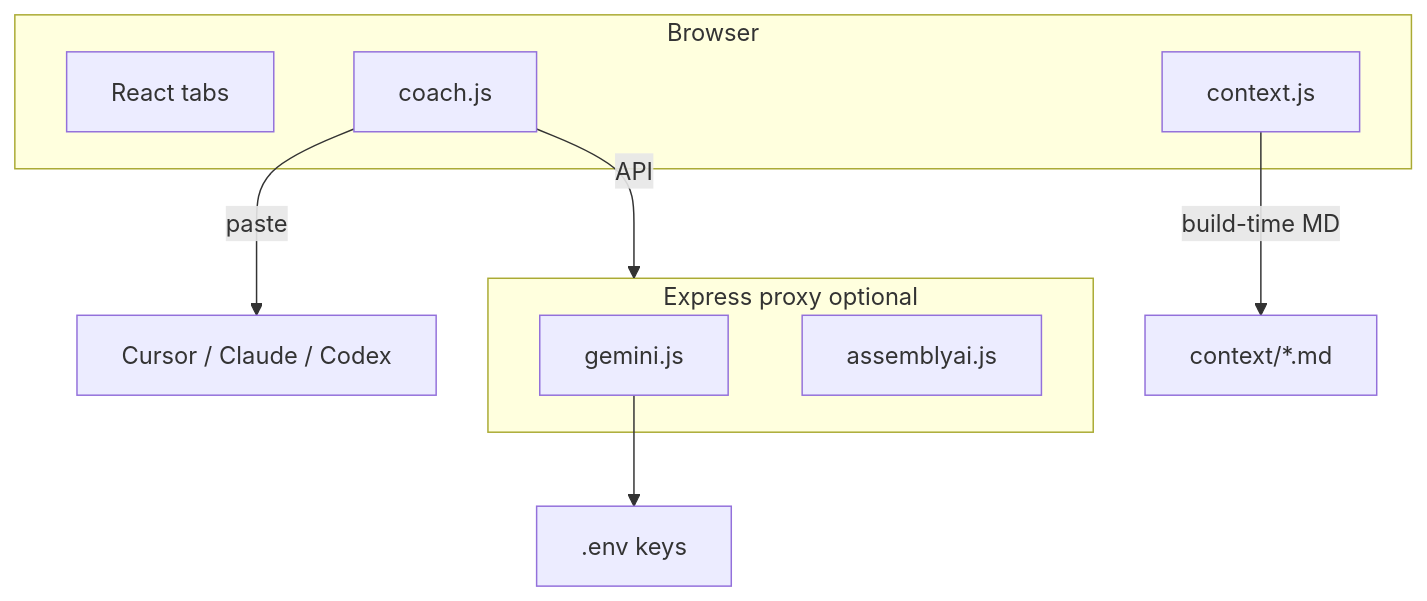
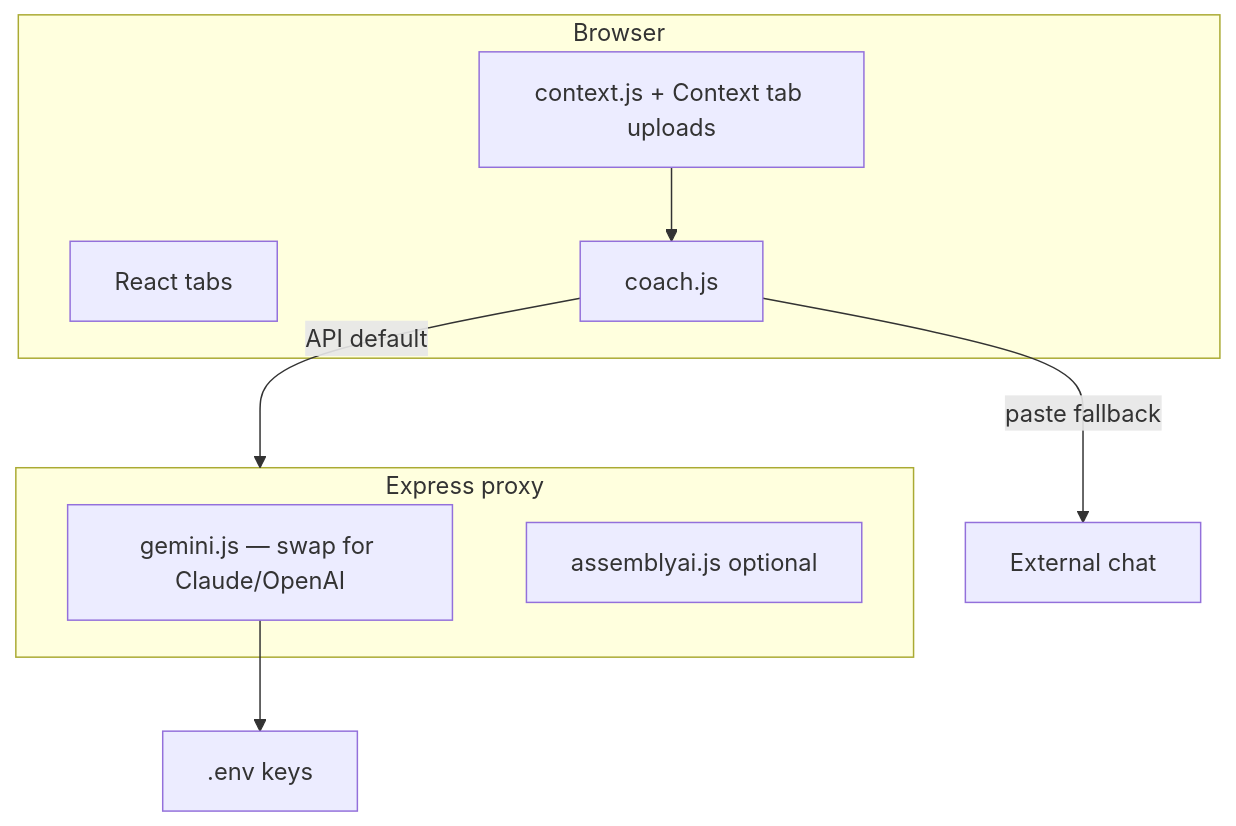
One commit to badro98/interview-prep-kit changed the diagram in README.md. Above: the diagram before and after it, drawn with Mermaid. The commit also changed other lines of this file and 23 other files, not shown here.

First line of the commit message:
Default to API mode and generalize context docs

````diff
--- a/README.md
+++ b/README.md
@@ -176,18 +132,18 @@
 ```mermaid
 flowchart TB
   subgraph browser [Browser]
     UI[React tabs]
     Coach[coach.js]
-    Ctx[context.js]
+    Ctx[context.js + Context tab uploads]
   end
 
-  subgraph optional [Express proxy optional]
-    Gemini[gemini.js]
-    AAI[assemblyai.js]
+  subgraph server [Express proxy]
+    LLM[gemini.js — swap for Claude/OpenAI]
+    AAI[assemblyai.js optional]
   end
 
-  Ctx -->|build-time MD| contextDir["context/*.md"]
-  Coach -->|paste| ExtLLM[Cursor / Claude / Codex]
-  Coach -->|API| optional
-  Gemini --> Env[".env keys"]
+  Ctx --> Coach
+  Coach -->|API default| server
+  Coach -->|paste fallback| ExtLLM[External chat]
+  LLM --> Env[".env keys"]
 ```
````
